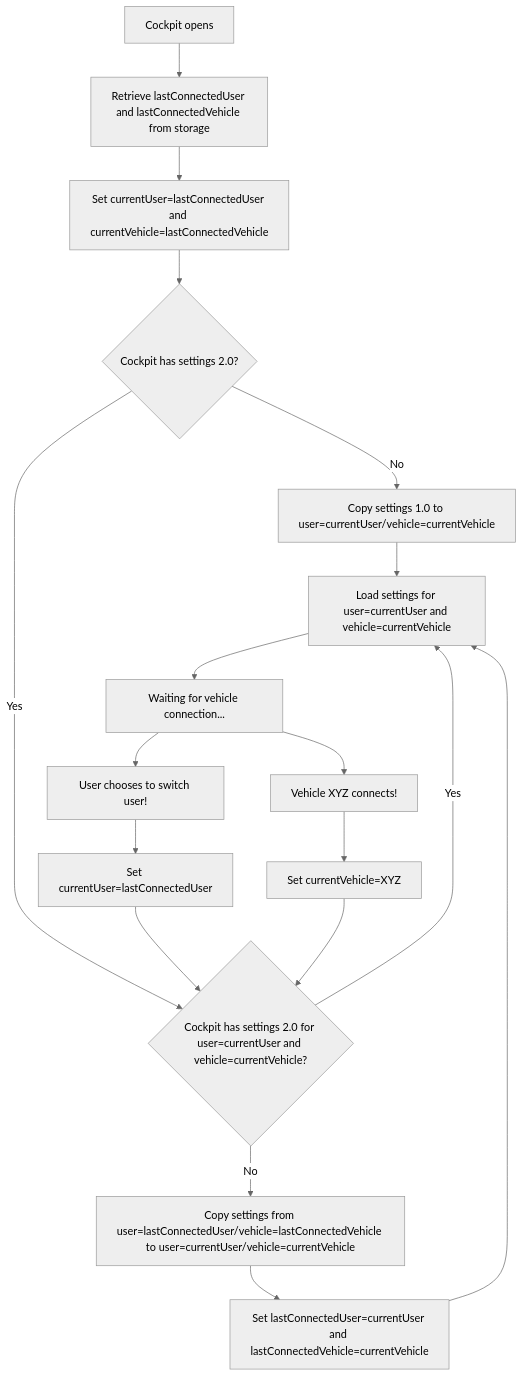
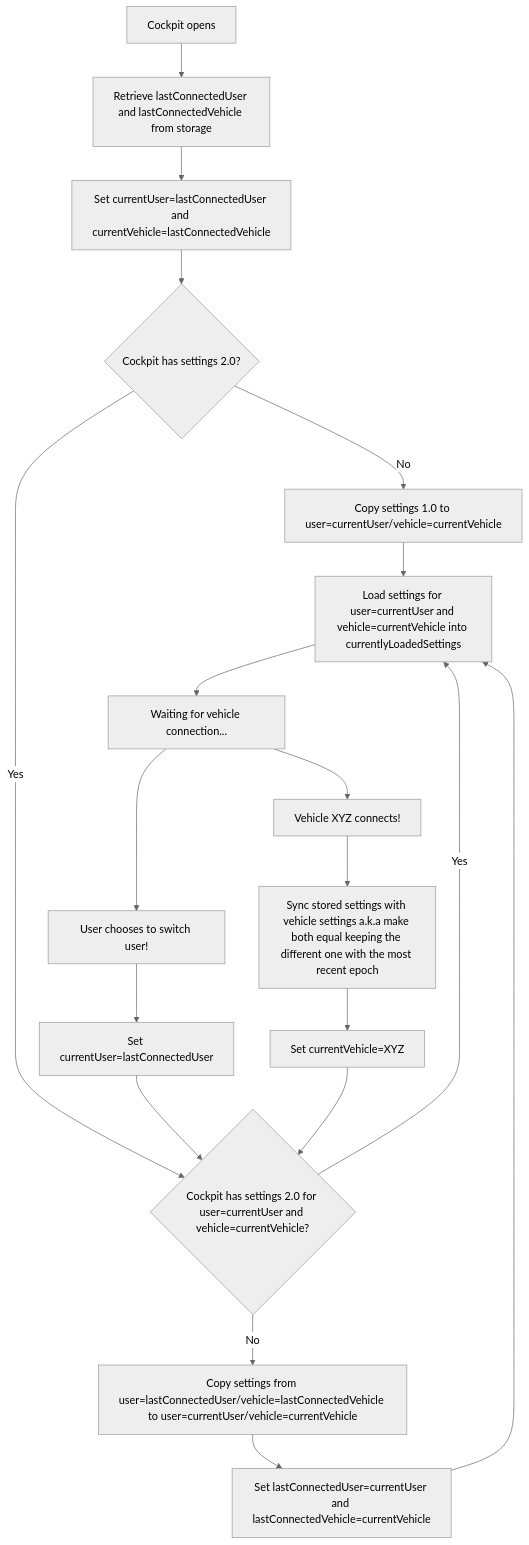
The diagram in src/libs/settings-management.md (rafaellehmkuhl/cockpit-public), drawn with Mermaid (neutral theme) before and after one commit.

Commit message:
maybe done?

````diff
--- a/src/libs/settings-management.md
+++ b/src/libs/settings-management.md
@@ -1,19 +1,16 @@
 ```mermaid
 graph TD;
-    1[Cockpit opens]-->2A[Retrieve lastConnectedUser and lastConnectedVehicle from storage]
-    2A-->2B[Set currentUser=lastConnectedUser and currentVehicle=lastConnectedVehicle]
+    1[Cockpit opens]-->2[Retrieve lastConnectedUser and lastConnectedVehicle from storage]
+    2-->2B[Set currentUser=lastConnectedUser and currentVehicle=lastConnectedVehicle]
     2B-->3{Cockpit has settings 2.0?}
     3-->|No| 3A[Copy settings 1.0 to user=currentUser/vehicle=currentVehicle]
-    3A-->3A1[Load settings for user=currentUser and vehicle=currentVehicle]
+    3A-->3A1[Load settings for user=currentUser and vehicle=currentVehicle into currentlyLoadedSettings]
     3A1-->4[Waiting for vehicle connection...]
     3-->|Yes| 3B{Cockpit has settings 2.0 for user=currentUser and vehicle=currentVehicle?}
     3B-->|No| 3B1[Copy settings from user=lastConnectedUser/vehicle=lastConnectedVehicle to user=currentUser/vehicle=currentVehicle]
     3B1-->3B1A[Set lastConnectedUser=currentUser and lastConnectedVehicle=currentVehicle]
-    3B1A-->3A1
+-->3A1
     3B-->|Yes| 3A1
-    4-->5A[User chooses to switch user!]
-    4-->5B[Vehicle XYZ connects!]
-    5A-->5A1[Set currentUser=lastConnectedUser]-->3B
-    5B-->6[Set currentVehicle=XYZ]
-    6-->3B
+    4-->5A[User chooses to switch user!]-->5A1[Set currentUser=lastConnectedUser]-->3B
+    4-->5B[Vehicle XYZ connects!]-->6[Sync stored settings with vehicle settings a.k.a make both equal keeping the different one with the most recent epoch]-->7[Set currentVehicle=XYZ]-->3B
 ```
````
